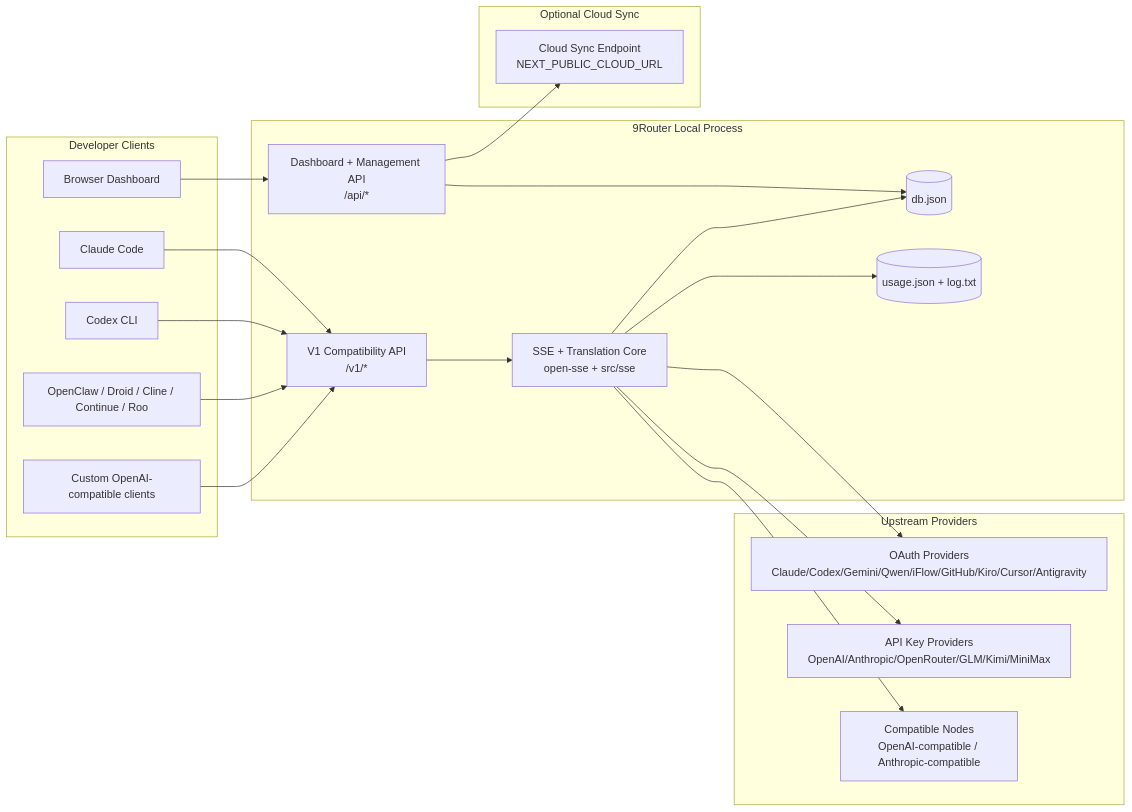
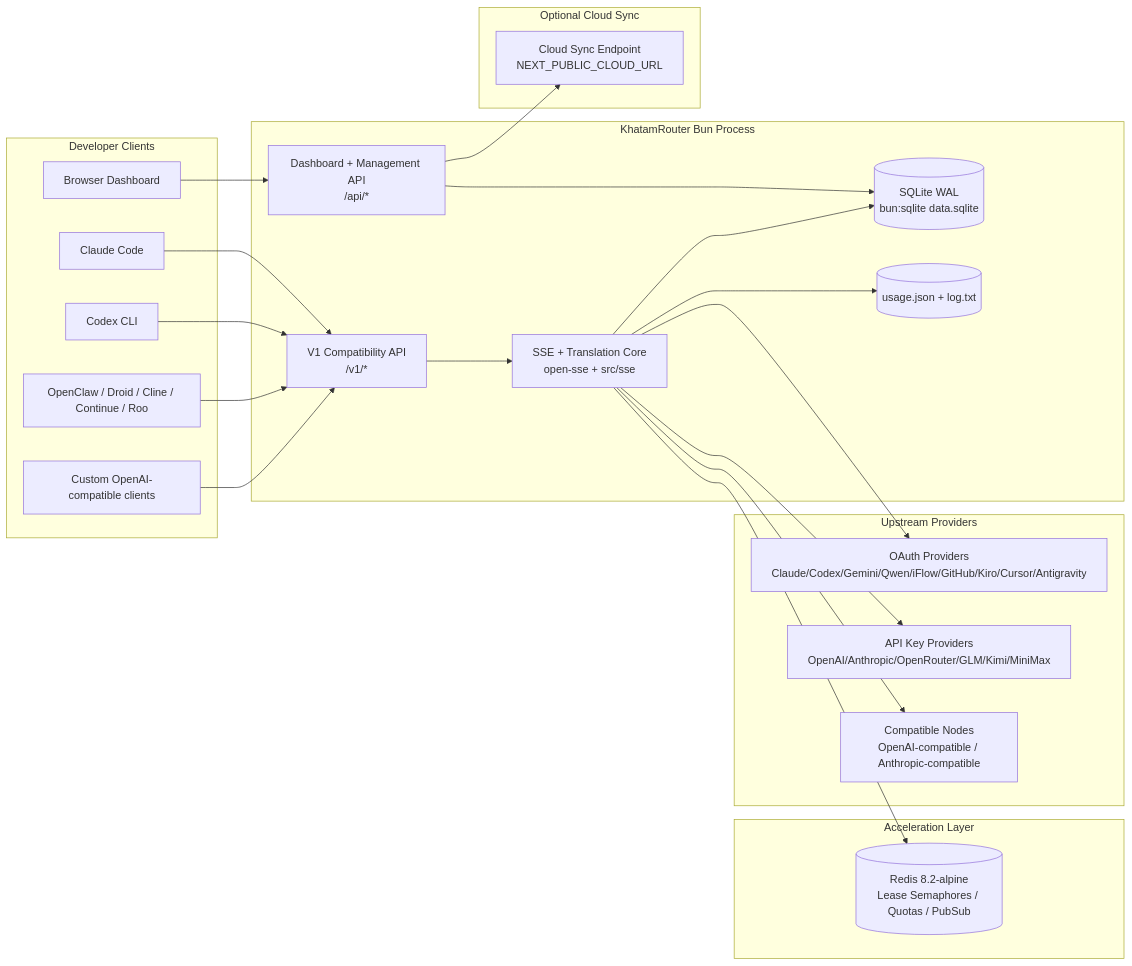
Before and after one commit to rqzbeh/KhatamRouter: the first of 7 diagrams in docs/ARCHITECTURE.md, drawn with Mermaid. The commit also changed other lines of this file and 14 other files, not shown here.

First line of the commit message:
docs(wave7.5): sync README, ROADMAP, CLAUDE, DOCKER, ARCHITECTURE and i18n to the Bun-only/Redis-default reality

````diff
--- a/docs/ARCHITECTURE.md
+++ b/docs/ARCHITECTURE.md
@@ -45,45 +48,50 @@
 ```mermaid
 flowchart LR
     subgraph Clients[Developer Clients]
         C1[Claude Code]
         C2[Codex CLI]
         C3[OpenClaw / Droid / Cline / Continue / Roo]
         C4[Custom OpenAI-compatible clients]
         BROWSER[Browser Dashboard]
     end
 
-    subgraph Router[9Router Local Process]
+    subgraph Router[KhatamRouter Bun Process]
         API[V1 Compatibility API\n/v1/*]
         DASH[Dashboard + Management API\n/api/*]
         CORE[SSE + Translation Core\nopen-sse + src/sse]
-        DB[(db.json)]
+        DB[(SQLite WAL\nbun:sqlite data.sqlite)]
         UDB[(usage.json + log.txt)]
+    end
+
+    subgraph StateAndCache[Acceleration Layer]
+        REDIS[(Redis 8.2-alpine\nLease Semaphores / Quotas / PubSub)]
     end
 
     subgraph Upstreams[Upstream Providers]
         P1[OAuth Providers\nClaude/Codex/Gemini/Qwen/iFlow/GitHub/Kiro/Cursor/Antigravity]
         P2[API Key Providers\nOpenAI/Anthropic/OpenRouter/GLM/Kimi/MiniMax]
         P3[Compatible Nodes\nOpenAI-compatible / Anthropic-compatible]
     end
 
     subgraph Cloud[Optional Cloud Sync]
         CLOUD[Cloud Sync Endpoint\nNEXT_PUBLIC_CLOUD_URL]
     end
 
     C1 --> API
     C2 --> API
     C3 --> API
     C4 --> API
     BROWSER --> DASH
 
     API --> CORE
     DASH --> DB
     CORE --> DB
+    CORE --> REDIS
     CORE --> UDB
 
     CORE --> P1
     CORE --> P2
     CORE --> P3
 
     DASH --> CLOUD
 ```
````
